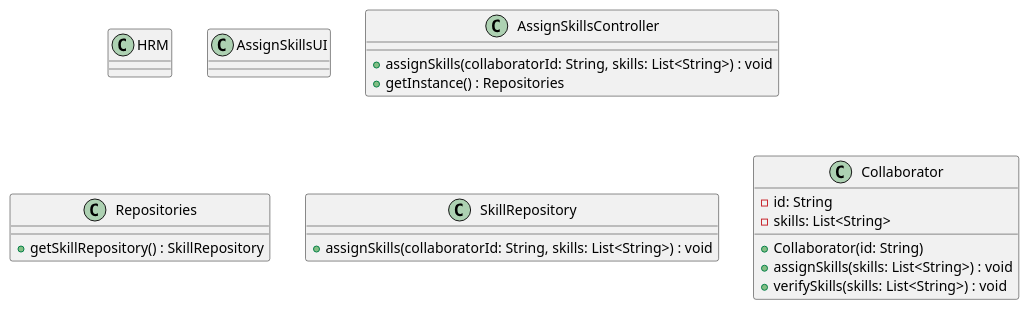
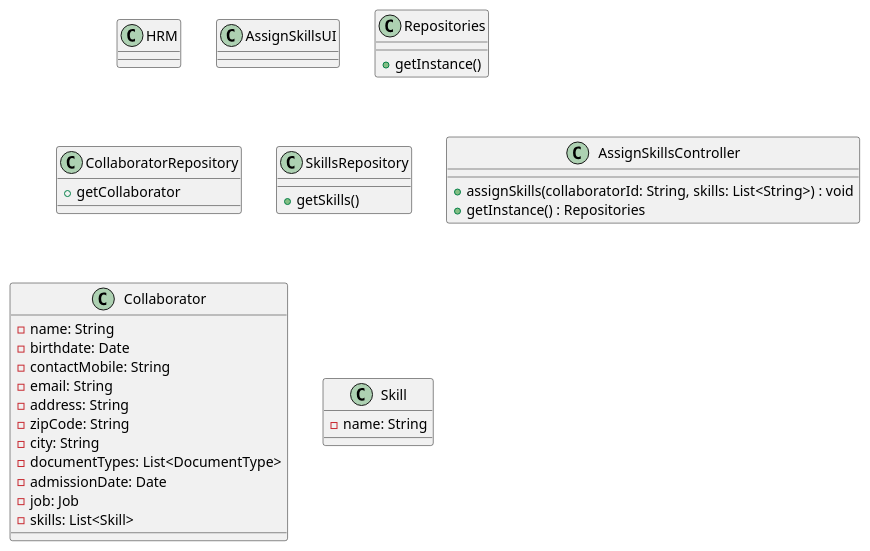
The diagram in docs/sprintB/us004/03.design/puml/us004-class-diagram.puml (ricardomm7/leaflink), drawn with PlantUML before and after one commit. The commit also changed other lines of this file and 4 other files, not shown here.

```diff
--- a/docs/sprintB/us004/03.design/puml/us004-class-diagram.puml
+++ b/docs/sprintB/us004/03.design/puml/us004-class-diagram.puml
@@ -1,34 +1,49 @@
 @startuml
 skinparam packageStyle rectangle
 skinparam shadowing false
 skinparam linetype polyline
 
 class HRM {
 }
 
+
 class AssignSkillsUI {
+}
 
+class Repositories {
+    + getInstance()
+}
+
+class CollaboratorRepository {
+    + getCollaborator
+}
+
+class SkillsRepository {
+    + getSkills()
 }
 
 class AssignSkillsController {
     +assignSkills(collaboratorId: String, skills: List<String>) : void
     +getInstance() : Repositories
 }
 
-class Repositories {
-    +getSkillRepository() : SkillRepository
+class Collaborator {
+    - name: String
+    - birthdate: Date
+    - contactMobile: String
+    - email: String
+    - address: String
+    - zipCode: String
+    - city: String
+    - documentTypes: List<DocumentType>
+    - admissionDate: Date
+    - job: Job
+    - skills: List<Skill>
 }
 
-class SkillRepository {
-    +assignSkills(collaboratorId: String, skills: List<String>) : void
-}
 
-class Collaborator {
-    - id: String
-    - skills: List<String>
-    + Collaborator(id: String)
-    + assignSkills(skills: List<String>) : void
-    + verifySkills(skills: List<String>) : void
+class Skill {
+    - name: String
 }
 
 @enduml
```
